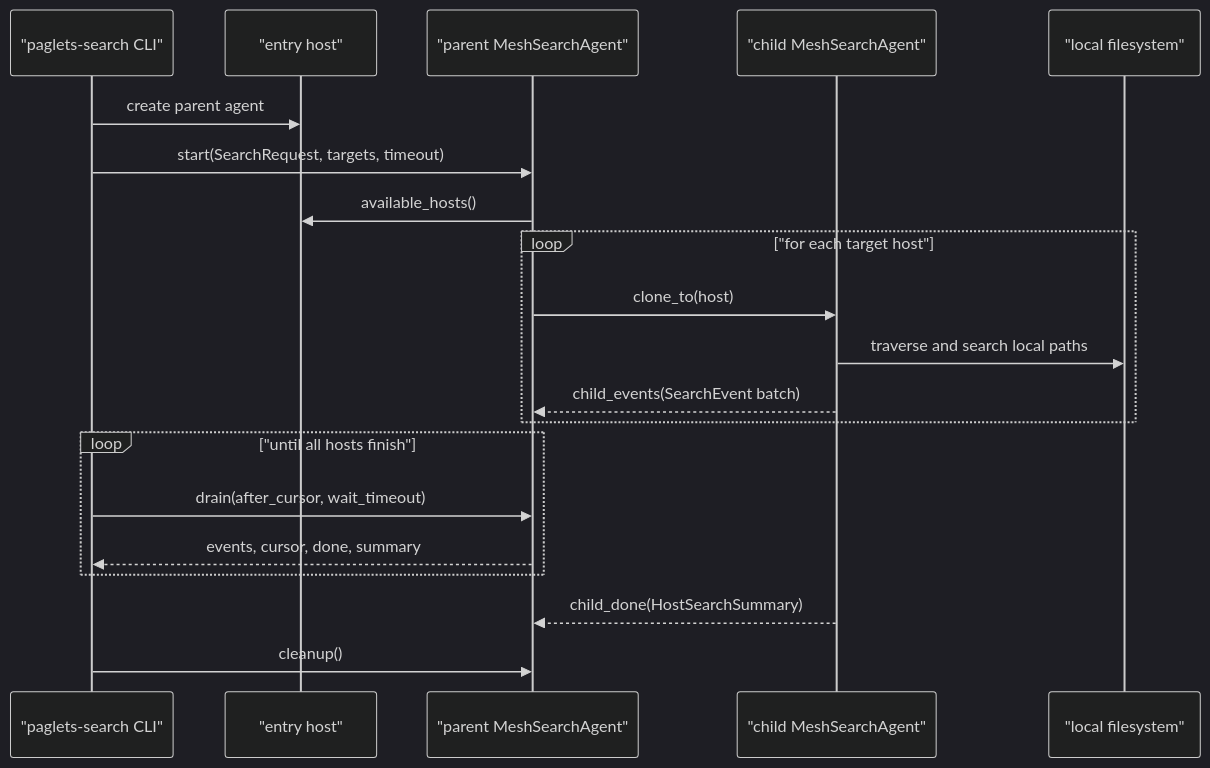
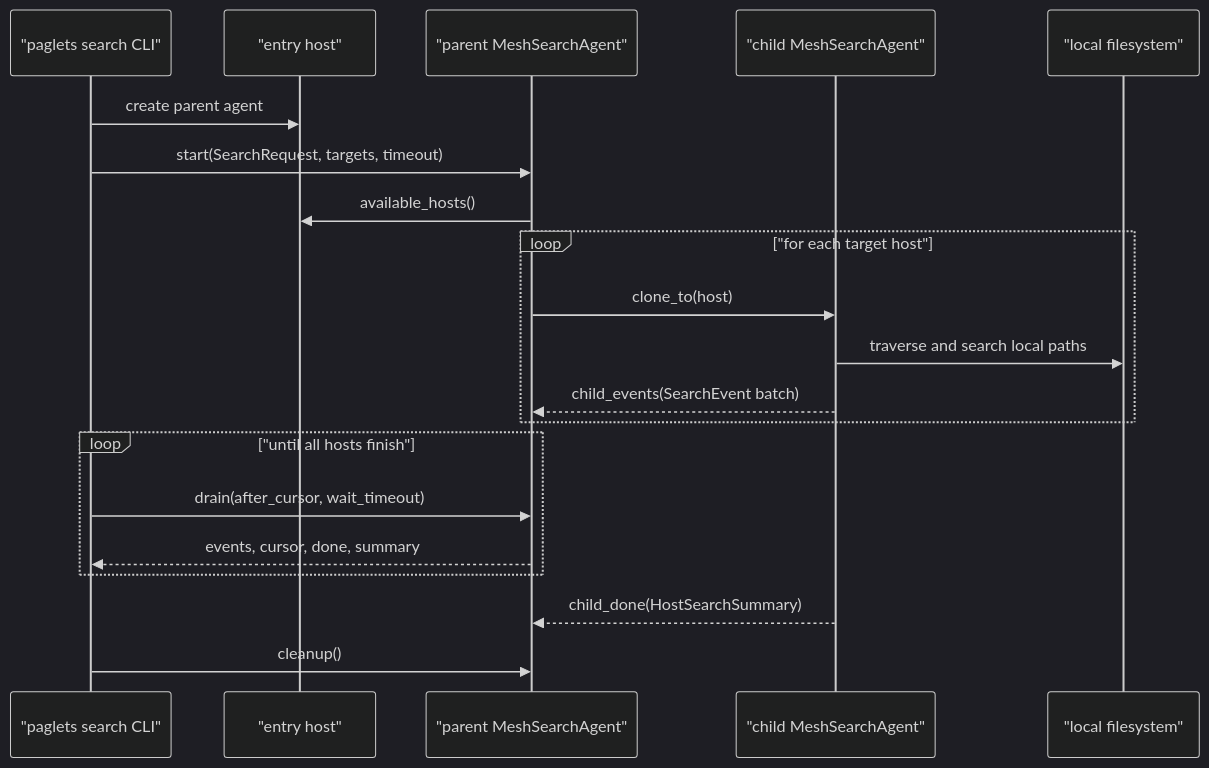
One commit to cklukas/paglets changed the first of 2 diagrams in docs/examples/search.md. Above: the diagram before and after it, drawn with Mermaid (dark theme). The commit also changed other lines of this file and 39 other files, not shown here.

````diff
--- a/docs/examples/search.md
+++ b/docs/examples/search.md
@@ -114,23 +114,23 @@
 ```mermaid
 sequenceDiagram
-    participant CLI as "paglets-search CLI"
+    participant CLI as "paglets search CLI"
     participant Entry as "entry host"
     participant Parent as "parent MeshSearchAgent"
     participant Child as "child MeshSearchAgent"
     participant FS as "local filesystem"
 
     CLI->>Entry: create parent agent
     CLI->>Parent: start(SearchRequest, targets, timeout)
     Parent->>Entry: available_hosts()
     loop "for each target host"
         Parent->>Child: clone_to(host)
         Child->>FS: traverse and search local paths
         Child-->>Parent: child_events(SearchEvent batch)
     end
     loop "until all hosts finish"
         CLI->>Parent: drain(after_cursor, wait_timeout)
         Parent-->>CLI: events, cursor, done, summary
     end
     Child-->>Parent: child_done(HostSearchSummary)
     CLI->>Parent: cleanup()
 ```
````
